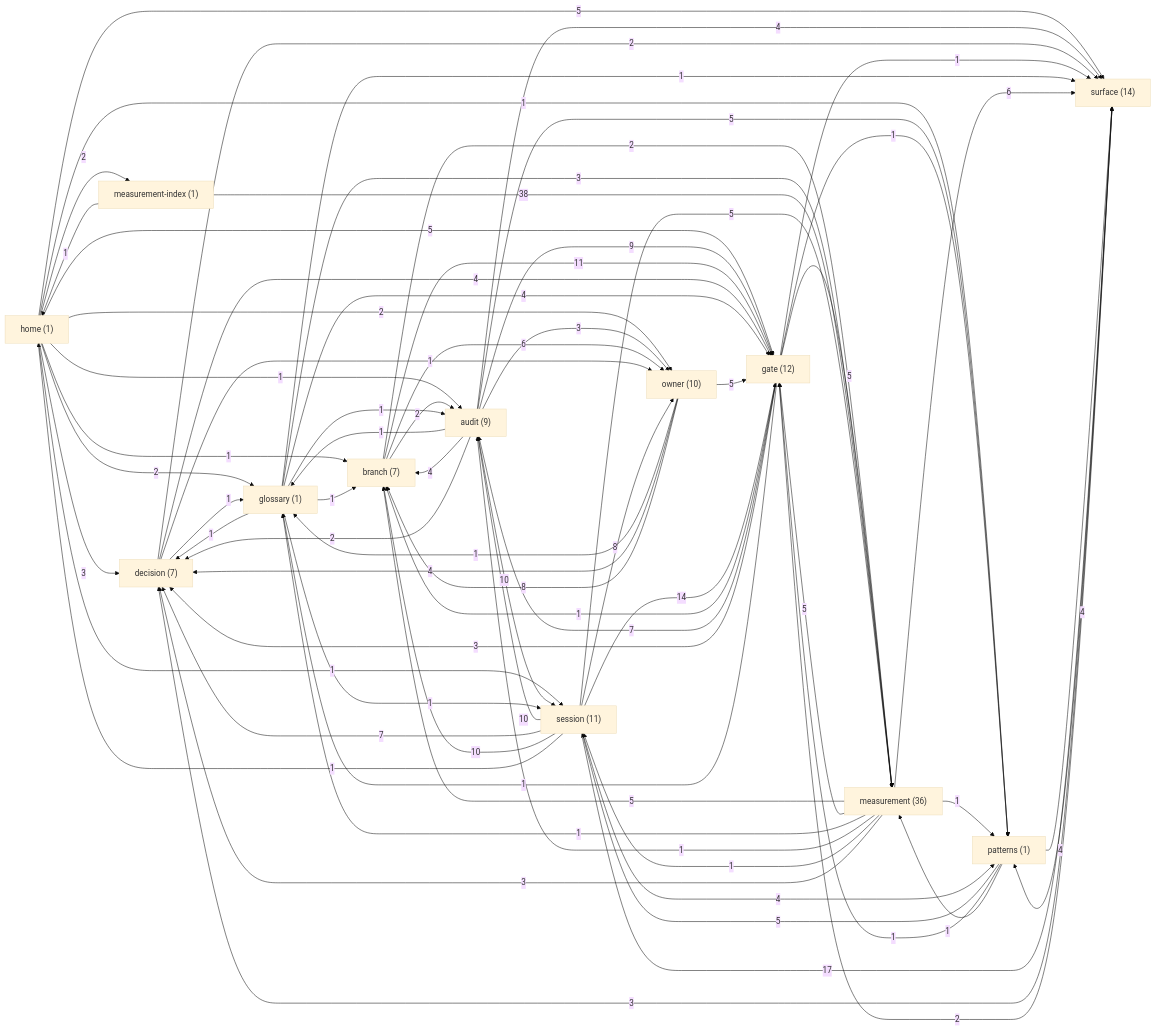
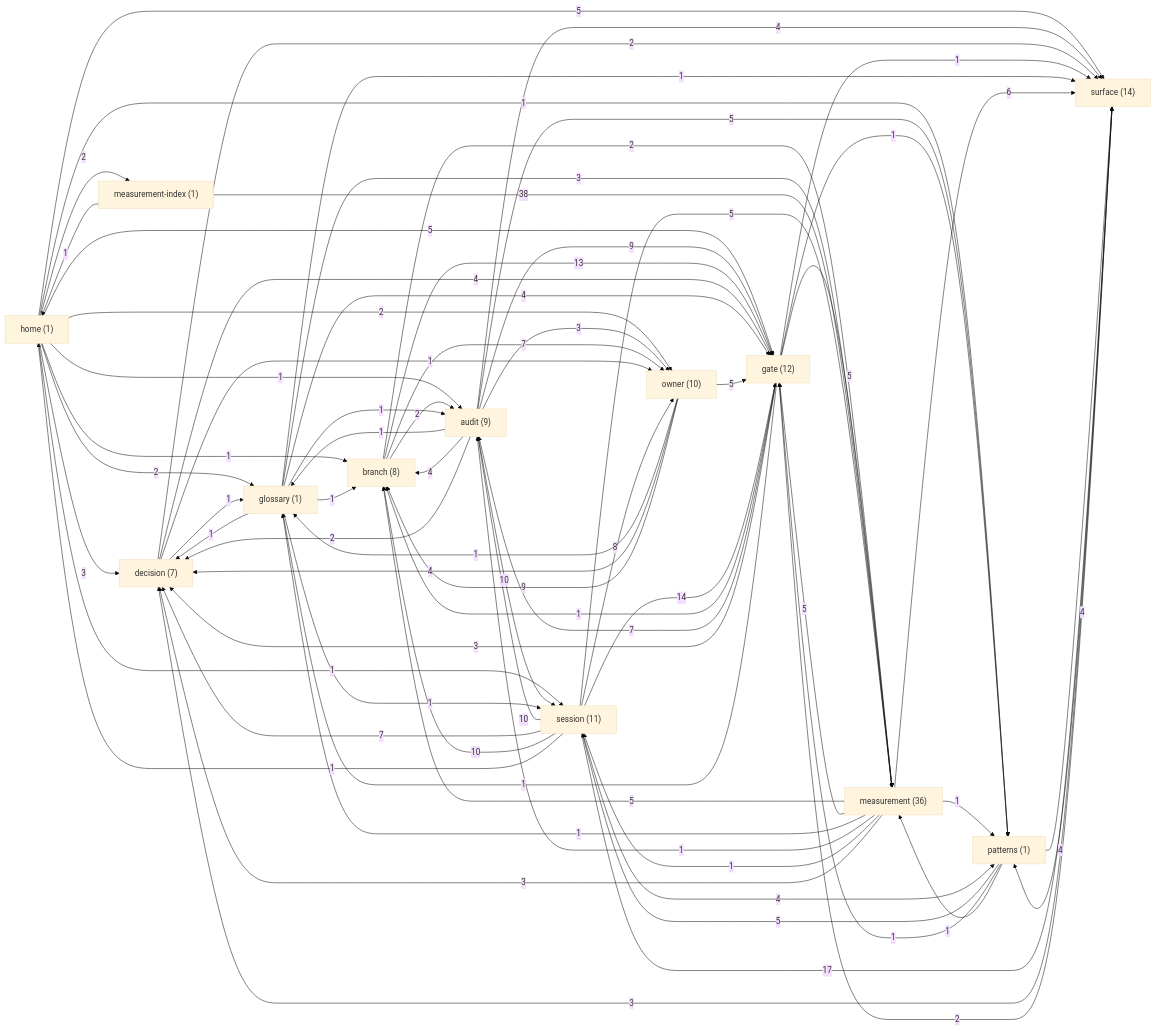
One commit to sergey9519546/STORYMACHINE changed the diagram in docs/brain/GRAPH.md. Above: the diagram before and after it, drawn with Mermaid (base theme). The commit also changed other lines of this file and 7 other files, not shown here.

First line of the commit message:
docs(audit+brain): scoring/renderer-residuals READY-FOR-OWNER at 56b96765 — lane report, two review rounds, branch note, owner order row

```diff
--- a/docs/brain/GRAPH.md
+++ b/docs/brain/GRAPH.md
@@ -10,7 +10,7 @@
 graph LR
   home["home (1)"]
   audit["audit (9)"]
-  branch["branch (7)"]
+  branch["branch (8)"]
   decision["decision (7)"]
   gate["gate (12)"]
   glossary["glossary (1)"]
@@ -39,8 +39,8 @@
   audit -->|3| owner
   audit -->|4| surface
   branch -->|2| audit
-  branch -->|6| owner
-  branch -->|11| gate
+  branch -->|7| owner
+  branch -->|13| gate
   branch -->|2| measurement
   decision -->|1| glossary
   decision -->|4| gate
@@ -73,7 +73,7 @@
   owner -->|5| gate
   owner -->|1| glossary
   owner -->|4| decision
-  owner -->|8| branch
+  owner -->|9| branch
   patterns -->|5| session
   patterns -->|4| surface
   patterns -->|1| gate
```
